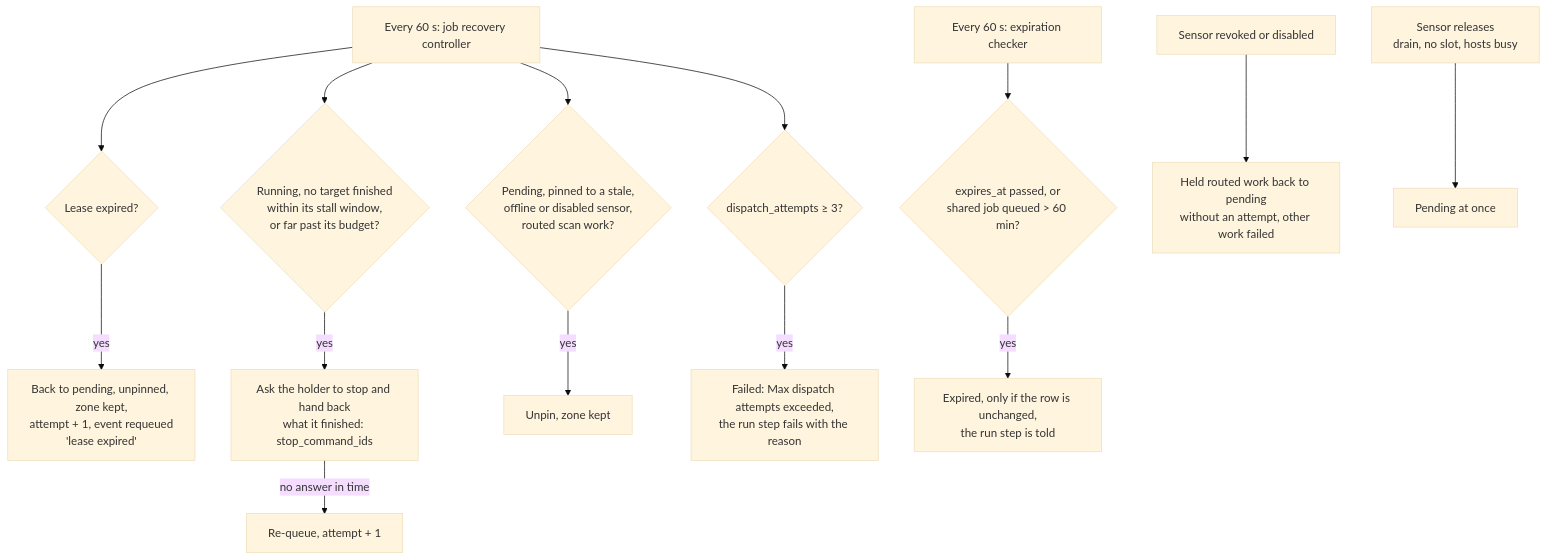
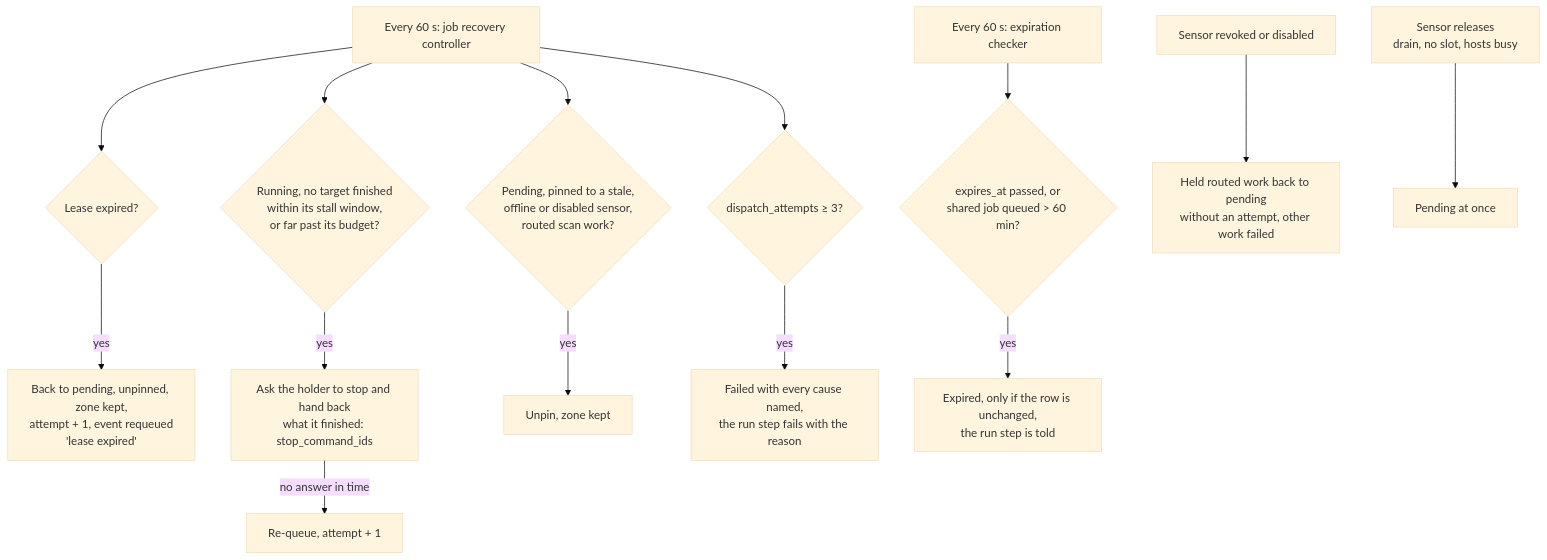
The seventh of 8 diagrams in api/docs/architecture/job-dispatch.md (openctemio/openctem), drawn with Mermaid (base theme) before and after one commit. The commit also changed other lines of this file and 37 other files, not shown here.

First line of the commit message:
feat(command): move a task that failed for a reason that is not the target's to another sensor

````diff
--- a/api/docs/architecture/job-dispatch.md
+++ b/api/docs/architecture/job-dispatch.md
@@ -369,16 +369,16 @@
 ```mermaid
 flowchart TD
   T[Every 60 s: job recovery controller] --> L{Lease expired?}
   L -- yes --> RQ[Back to pending, unpinned, zone kept,<br/>attempt + 1, event requeued<br/>'lease expired']
   T --> ST{Running, no target finished<br/>within its stall window,<br/>or far past its budget?}
   ST -- yes --> STOP[Ask the holder to stop and hand back<br/>what it finished: stop_command_ids]
   STOP -->|no answer in time| RQ2[Re-queue, attempt + 1]
   T --> PIN{Pending, pinned to a stale,<br/>offline or disabled sensor,<br/>routed scan work?}
   PIN -- yes --> UNPIN[Unpin, zone kept]
   T --> PO{dispatch_attempts ≥ 3?}
-  PO -- yes --> FAIL[Failed: Max dispatch attempts exceeded,<br/>the run step fails with the reason]
+  PO -- yes --> FAIL[Failed with every cause named,<br/>the run step fails with the reason]
   E[Every 60 s: expiration checker] --> EX{expires_at passed, or<br/>shared job queued > 60 min?}
   EX -- yes --> EXP[Expired, only if the row is unchanged,<br/>the run step is told]
   RV[Sensor revoked or disabled] --> REL[Held routed work back to pending<br/>without an attempt, other work failed]
   RL[Sensor releases<br/>drain, no slot, hosts busy] --> RLS[Pending at once]
 ```
````
